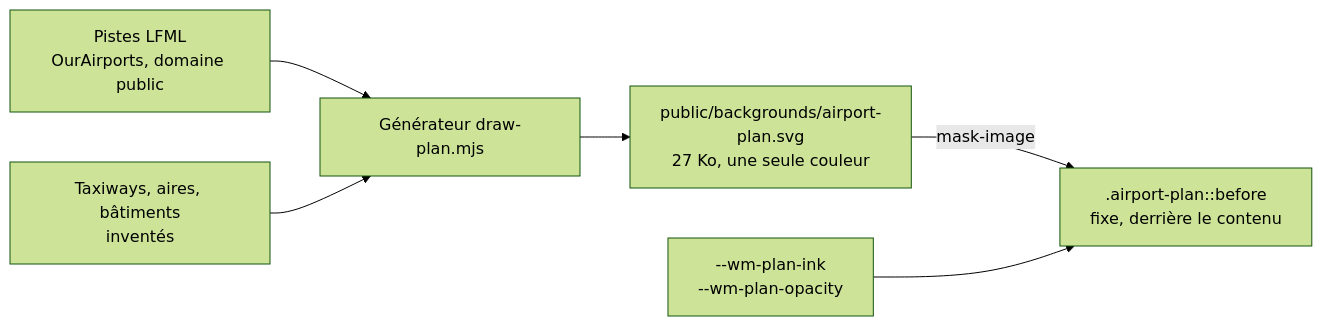
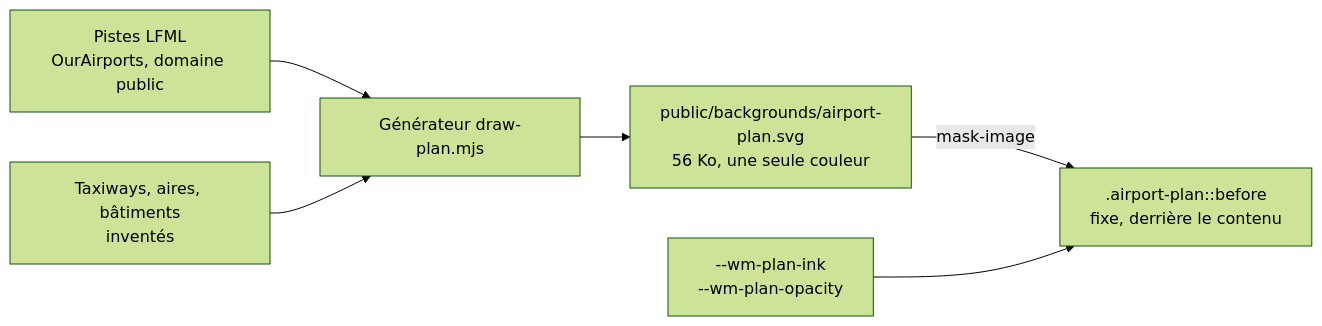
Before and after one commit to tetardo/weems: the diagram in docs/decisions/016-fond-plan-aeroport.md, drawn with Mermaid (forest theme). The commit also changed other lines of this file and 2 other files, not shown here.

First line of the commit message:
feat(web): plan du fond sans boussole, dézoomé, tracé technique dans les marges

````diff
--- a/docs/decisions/016-fond-plan-aeroport.md
+++ b/docs/decisions/016-fond-plan-aeroport.md
@@ -19,8 +19,8 @@
 ```mermaid
 flowchart LR
   P[Pistes LFML<br/>OurAirports, domaine public] --> G[Générateur draw-plan.mjs]
   I[Taxiways, aires, bâtiments<br/>inventés] --> G
-  G --> S[public/backgrounds/airport-plan.svg<br/>27 Ko, une seule couleur]
+  G --> S[public/backgrounds/airport-plan.svg<br/>56 Ko, une seule couleur]
   S -->|mask-image| B[".airport-plan::before<br/>fixe, derrière le contenu"]
   T["--wm-plan-ink<br/>--wm-plan-opacity"] --> B
 ```
````
